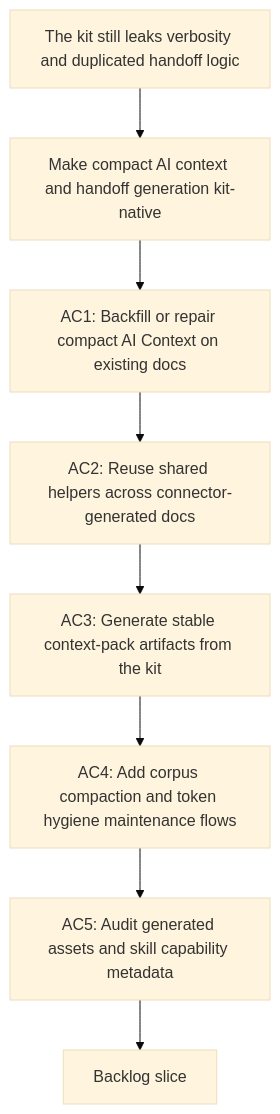
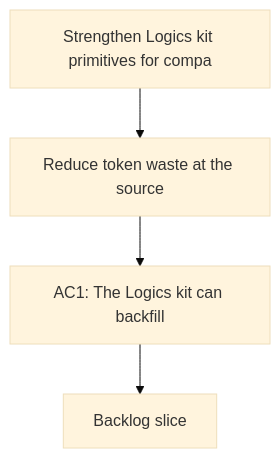
The diagram in logics/request/req_082_strengthen_logics_kit_primitives_for_compact_ai_context_and_reusable_handoff_generation.md (AlexAgo83/logics-manager), drawn with Mermaid (base theme) before and after one commit. The commit also changed 481 other files, not shown here.

````diff
--- a/logics/request/req_082_strengthen_logics_kit_primitives_for_compact_ai_context_and_reusable_handoff_generation.md
+++ b/logics/request/req_082_strengthen_logics_kit_primitives_for_compact_ai_context_and_reusable_handoff_generation.md
@@ -26,12 +26,8 @@
 ```mermaid
 %% logics-kind: request
 %% logics-signature: request|strengthen-logics-kit-primitives-for-com|reduce-token-waste-at-the-source|ac1-the-logics-kit-can-backfill
 flowchart TD
-    Trigger[The kit still leaks verbosity and duplicated handoff logic] --> Need[Make compact AI context and handoff generation kit-native]
-    Need --> AC1[AC1: Backfill or repair compact AI Context on existing docs]
-    AC1 --> AC2[AC2: Reuse shared helpers across connector-generated docs]
-    AC2 --> AC3[AC3: Generate stable context-pack artifacts from the kit]
-    AC3 --> AC4[AC4: Add corpus compaction and token hygiene maintenance flows]
-    AC4 --> AC5[AC5: Audit generated assets and skill capability metadata]
-    AC5 --> Backlog[Backlog slice]
+    Trigger[Strengthen Logics kit primitives for compa] --> Need[Reduce token waste at the source]
+    Need --> Outcome[AC1: The Logics kit can backfill]
+    Outcome --> Backlog[Backlog slice]
 ```
````
